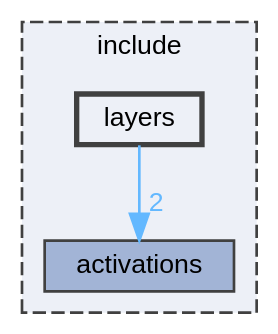
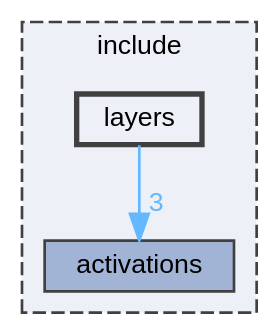
Before and after one commit to Nalin-Angrish/FlexNN: the diagram in dir_60b85c829bff656fa9381b606f5c0bf1_dep.dot, drawn with Graphviz. The commit also changed 85 other files, not shown here.

```diff
--- a/dir_60b85c829bff656fa9381b606f5c0bf1_dep.dot
+++ b/dir_60b85c829bff656fa9381b606f5c0bf1_dep.dot
@@ -1,14 +1,14 @@
 digraph "include/layers"
 {
  // LATEX_PDF_SIZE
   bgcolor="transparent";
   edge [fontname=Helvetica,fontsize=10,labelfontname=Helvetica,labelfontsize=10];
   node [fontname=Helvetica,fontsize=10,shape=box,height=0.2,width=0.4];
   compound=true
   subgraph clusterdir_d44c64559bbebec7f509842c48db8b23 {
     graph [ bgcolor="#edf0f7", pencolor="grey25", label="include", fontname=Helvetica,fontsize=10 style="filled,dashed", URL="dir_d44c64559bbebec7f509842c48db8b23.html",tooltip=""]
   dir_5085178e55206e1ee567ca89c87e6782 [label="activations", fillcolor="#a2b4d6", color="grey25", style="filled", URL="dir_5085178e55206e1ee567ca89c87e6782.html",tooltip=""];
   dir_60b85c829bff656fa9381b606f5c0bf1 [label="layers", fillcolor="#edf0f7", color="grey25", style="filled,bold", URL="dir_60b85c829bff656fa9381b606f5c0bf1.html",tooltip=""];
   }
-  dir_60b85c829bff656fa9381b606f5c0bf1->dir_5085178e55206e1ee567ca89c87e6782 [headlabel="2", labeldistance=1.5 headhref="dir_000003_000000.html" href="dir_000003_000000.html" color="steelblue1" fontcolor="steelblue1"];
+  dir_60b85c829bff656fa9381b606f5c0bf1->dir_5085178e55206e1ee567ca89c87e6782 [headlabel="3", labeldistance=1.5 headhref="dir_000003_000000.html" href="dir_000003_000000.html" color="steelblue1" fontcolor="steelblue1"];
 }
```
